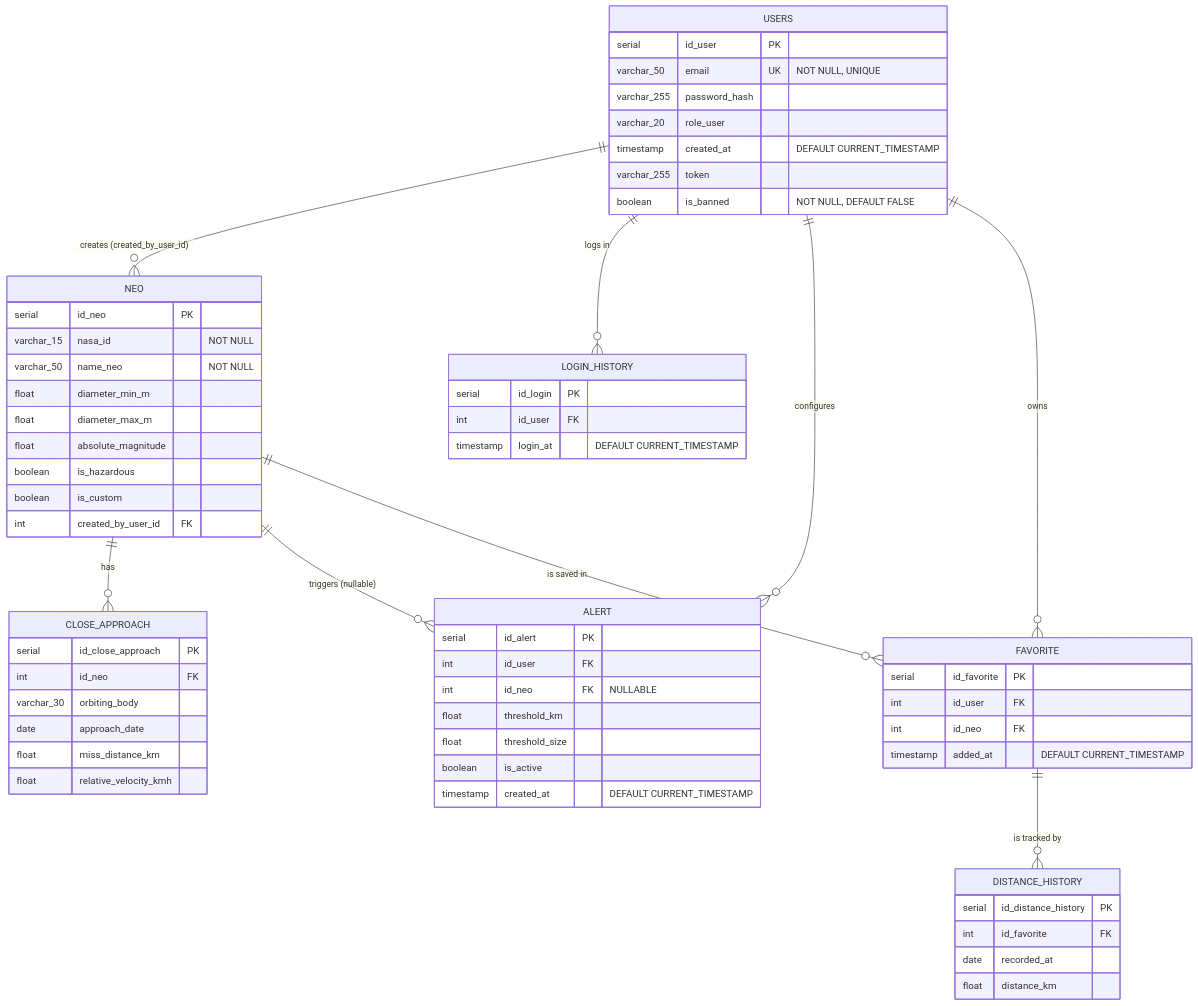
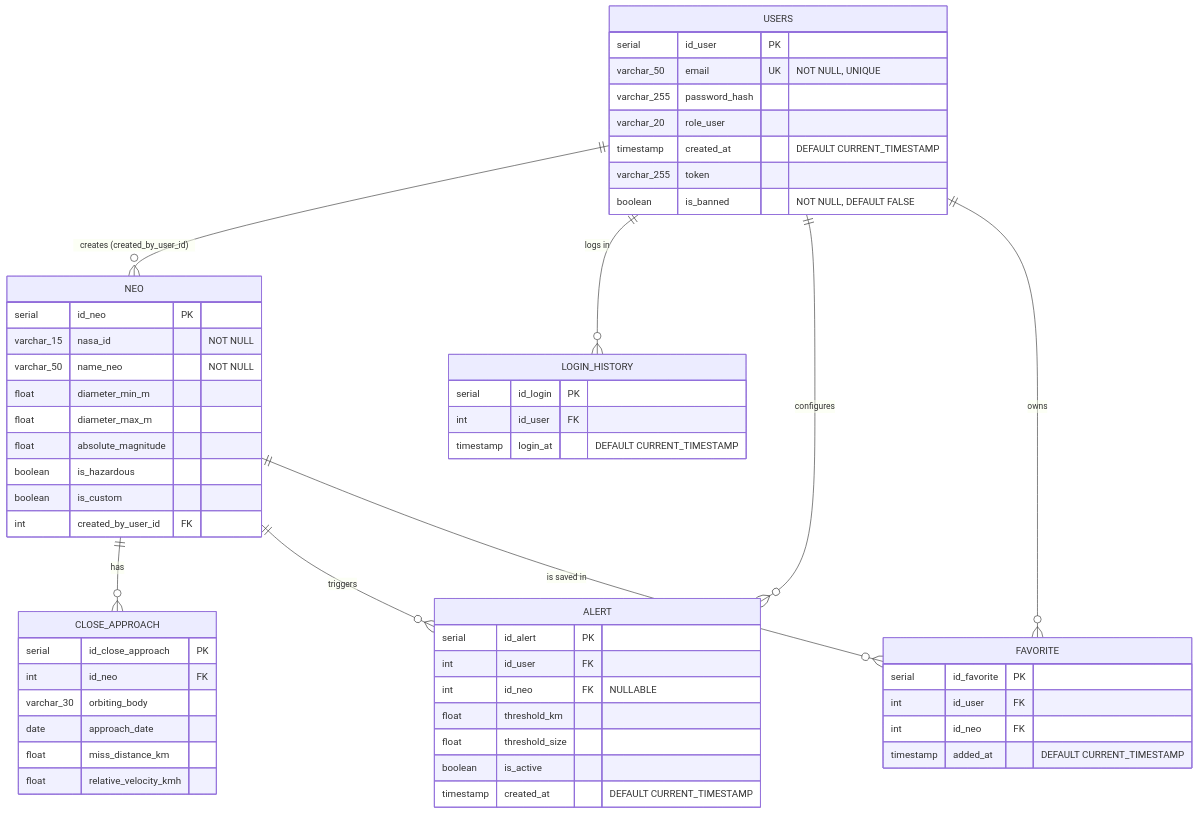
The diagram in doc/diagram/diagram_bdd.md (Yazaaaaaa/ensai-it-project-2a-team2), drawn with Mermaid before and after one commit.

Commit message:
Remove DISTANCE_HISTORY table from BDD diagram

````diff
--- a/doc/diagram/diagram_bdd.md
+++ b/doc/diagram/diagram_bdd.md
@@ -1,72 +1,65 @@
 ```mermaid
 erDiagram
     USERS {
         serial id_user PK
         varchar_50 email UK "NOT NULL, UNIQUE"
         varchar_255 password_hash
         varchar_20 role_user
         timestamp created_at "DEFAULT CURRENT_TIMESTAMP"
         varchar_255 token
         boolean is_banned "NOT NULL, DEFAULT FALSE"
     }
 
     NEO {
         serial id_neo PK
         varchar_15 nasa_id "NOT NULL"
         varchar_50 name_neo "NOT NULL"
         float diameter_min_m
         float diameter_max_m
         float absolute_magnitude
         boolean is_hazardous
         boolean is_custom
         int created_by_user_id FK
     }
 
     CLOSE_APPROACH {
         serial id_close_approach PK
         int id_neo FK
         varchar_30 orbiting_body
         date approach_date
         float miss_distance_km
         float relative_velocity_kmh
     }
 
     LOGIN_HISTORY {
         serial id_login PK
         int id_user FK
         timestamp login_at "DEFAULT CURRENT_TIMESTAMP"
     }
 
     ALERT {
         serial id_alert PK
         int id_user FK
         int id_neo FK "NULLABLE"
         float threshold_km
         float threshold_size
         boolean is_active
         timestamp created_at "DEFAULT CURRENT_TIMESTAMP"
     }
 
     FAVORITE {
         serial id_favorite PK
         int id_user FK
         int id_neo FK
         timestamp added_at "DEFAULT CURRENT_TIMESTAMP"
     }
 
-    DISTANCE_HISTORY {
-        serial id_distance_history PK
-        int id_favorite FK
-        date recorded_at
-        float distance_km
-    }
 
     USERS ||--o{ NEO : "creates (created_by_user_id)"
     USERS ||--o{ LOGIN_HISTORY : "logs in"
     USERS ||--o{ ALERT : "configures"
     USERS ||--o{ FAVORITE : "owns"
     NEO ||--o{ CLOSE_APPROACH : "has"
-    NEO ||--o{ ALERT : "triggers (nullable)"
+    NEO ||--o{ ALERT : "triggers"
     NEO ||--o{ FAVORITE : "is saved in"
-    FAVORITE ||--o{ DISTANCE_HISTORY : "is tracked by"
 ```
````
